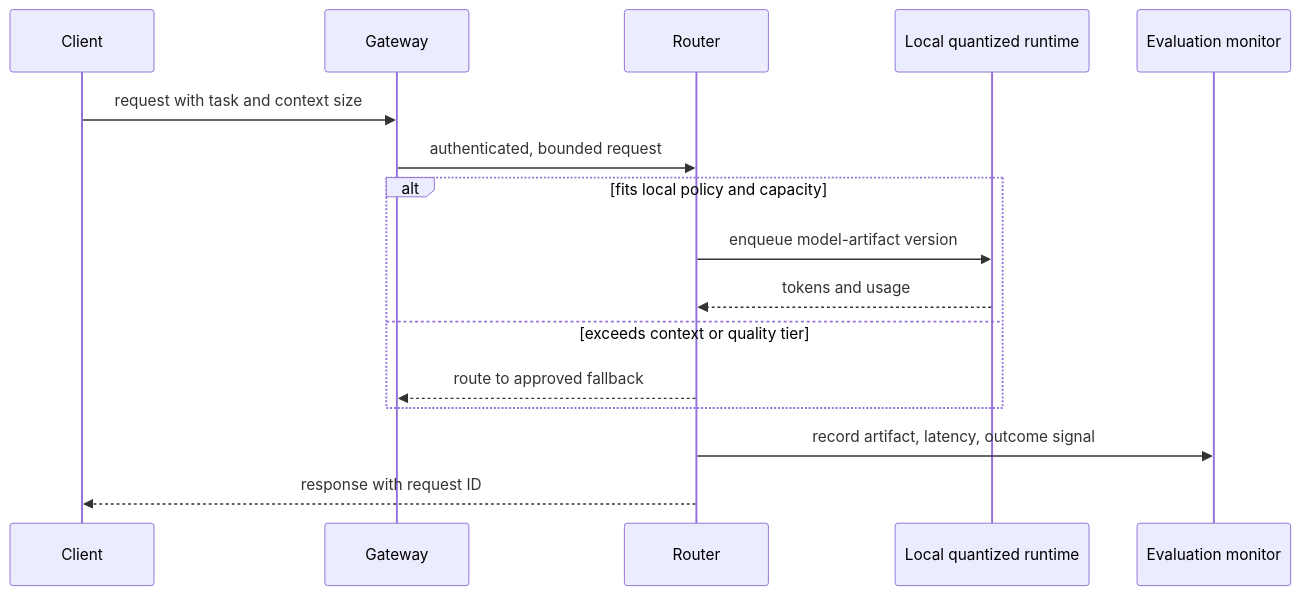
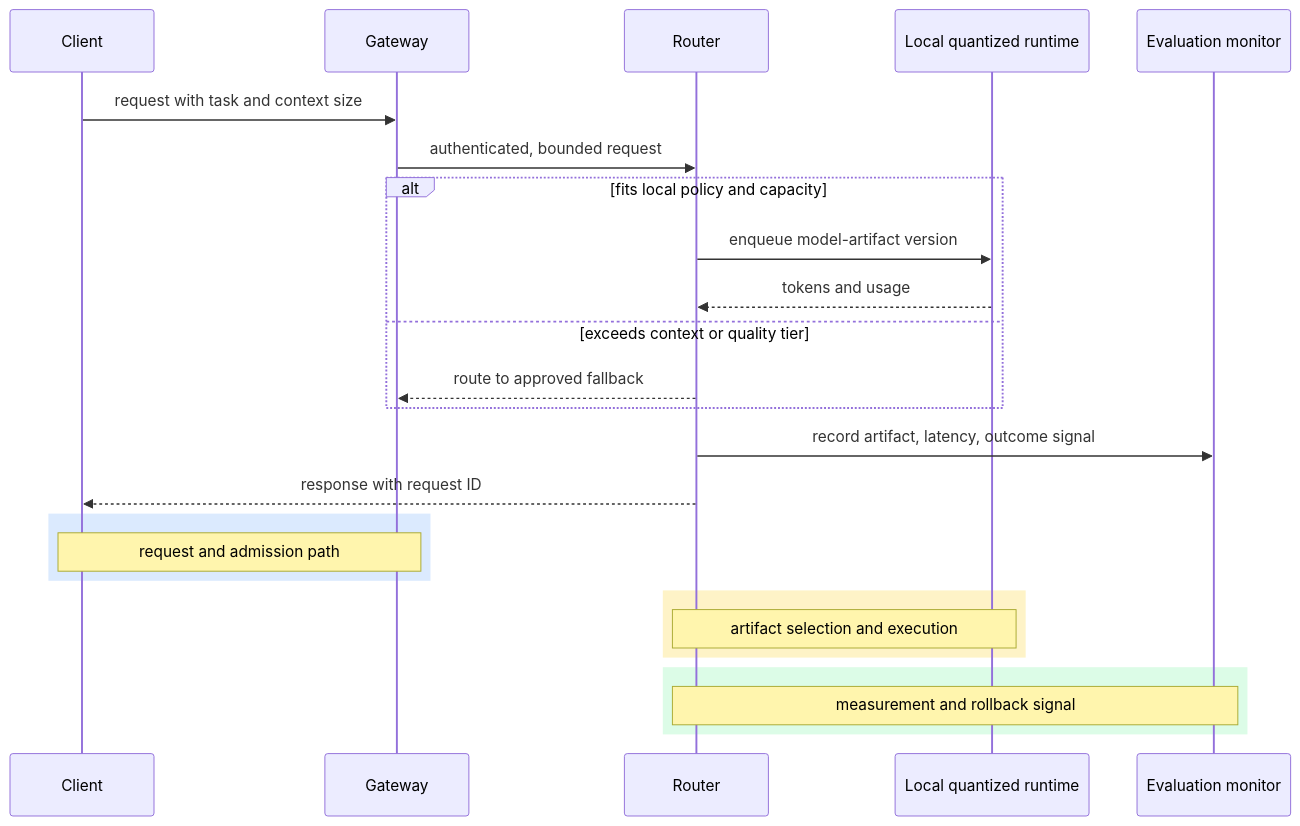
One commit to souradeepta/ai-monthly-concepts changed the second of 2 diagrams in months/2026-08/07-quantized-open-models.md. Above: the diagram before and after it, drawn with Mermaid. The commit also changed other lines of this file and 2 other files, not shown here.

````diff
--- a/months/2026-08/07-quantized-open-models.md
+++ b/months/2026-08/07-quantized-open-models.md
@@ -54,18 +54,27 @@
 ```mermaid
 sequenceDiagram
     participant C as Client
     participant G as Gateway
     participant R as Router
     participant L as Local quantized runtime
     participant E as Evaluation monitor
     C->>G: request with task and context size
     G->>R: authenticated, bounded request
     alt fits local policy and capacity
         R->>L: enqueue model-artifact version
         L-->>R: tokens and usage
     else exceeds context or quality tier
         R-->>G: route to approved fallback
     end
     R->>E: record artifact, latency, outcome signal
     R-->>C: response with request ID
+    rect rgb(219, 234, 254)
+    Note over C,G: request and admission path
+    end
+    rect rgb(254, 243, 199)
+    Note over R,L: artifact selection and execution
+    end
+    rect rgb(220, 252, 231)
+    Note over R,E: measurement and rollback signal
+    end
 ```
````
